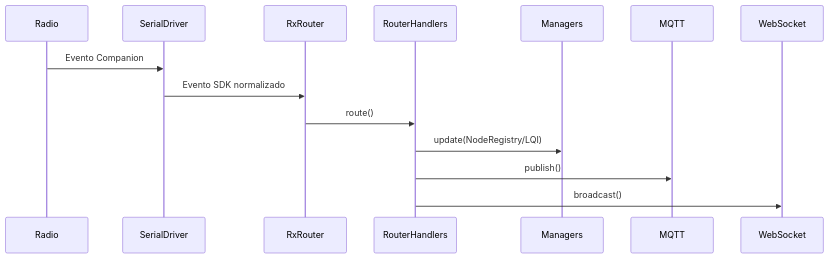
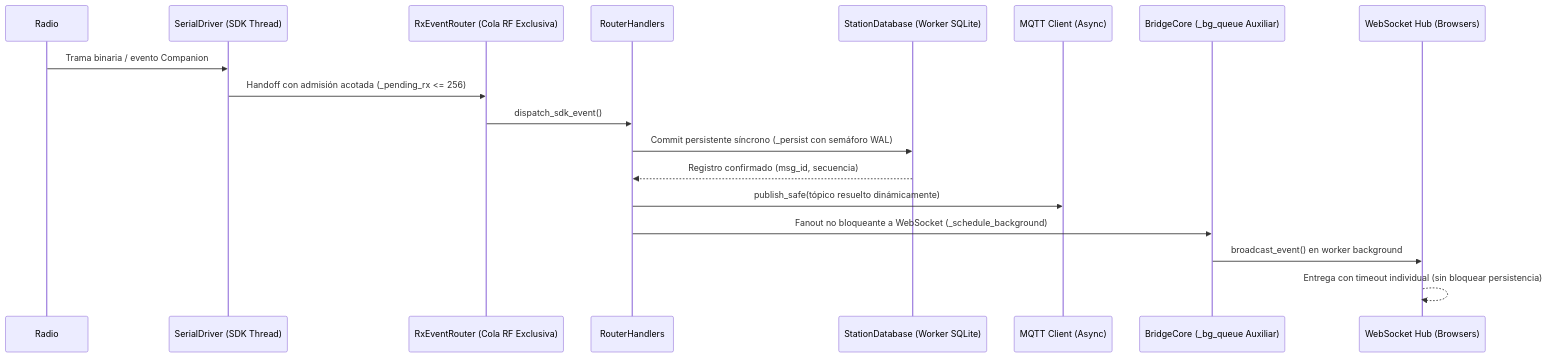
Before and after one commit to cyber89/meshcore-bridge-client: the fifth of 7 diagrams in docs/ARCHITECTURE.md, drawn with Mermaid. The commit also changed other lines of this file and 6 other files, not shown here.

````diff
--- a/docs/ARCHITECTURE.md
+++ b/docs/ARCHITECTURE.md
@@ -488,17 +488,21 @@
 ```mermaid
 sequenceDiagram
     participant Radio
-    participant SerialDriver
-    participant RxRouter
+    participant SerialDriver as SerialDriver (SDK Thread)
+    participant RxRouter as RxEventRouter (Cola RF Exclusiva)
     participant RouterHandlers
-    participant Managers
-    participant MQTT
-    participant WebSocket
+    participant Database as StationDatabase (Worker SQLite)
+    participant MQTT as MQTT Client (Async)
+    participant AuxQueue as BridgeCore (_bg_queue Auxiliar)
+    participant WebSocket as WebSocket Hub (Browsers)
 
-    Radio->>SerialDriver: Evento Companion
-    SerialDriver->>RxRouter: Evento SDK normalizado
-    RxRouter->>RouterHandlers: route()
-    RouterHandlers->>Managers: update(NodeRegistry/LQI)
-    RouterHandlers->>MQTT: publish()
-    RouterHandlers->>WebSocket: broadcast()
+    Radio->>SerialDriver: Trama binaria / evento Companion
+    SerialDriver->>RxRouter: Handoff con admisión acotada (_pending_rx <= 256)
+    RxRouter->>RouterHandlers: dispatch_sdk_event()
+    RouterHandlers->>Database: Commit persistente síncrono (_persist con semáforo WAL)
+    Database-->>RouterHandlers: Registro confirmado (msg_id, secuencia)
+    RouterHandlers->>MQTT: publish_safe(tópico resuelto dinámicamente)
+    RouterHandlers->>AuxQueue: Fanout no bloqueante a WebSocket (_schedule_background)
+    AuxQueue->>WebSocket: broadcast_event() en worker background
+    WebSocket-->>WebSocket: Entrega con timeout individual (sin bloquear persistencia)
 ```
````
